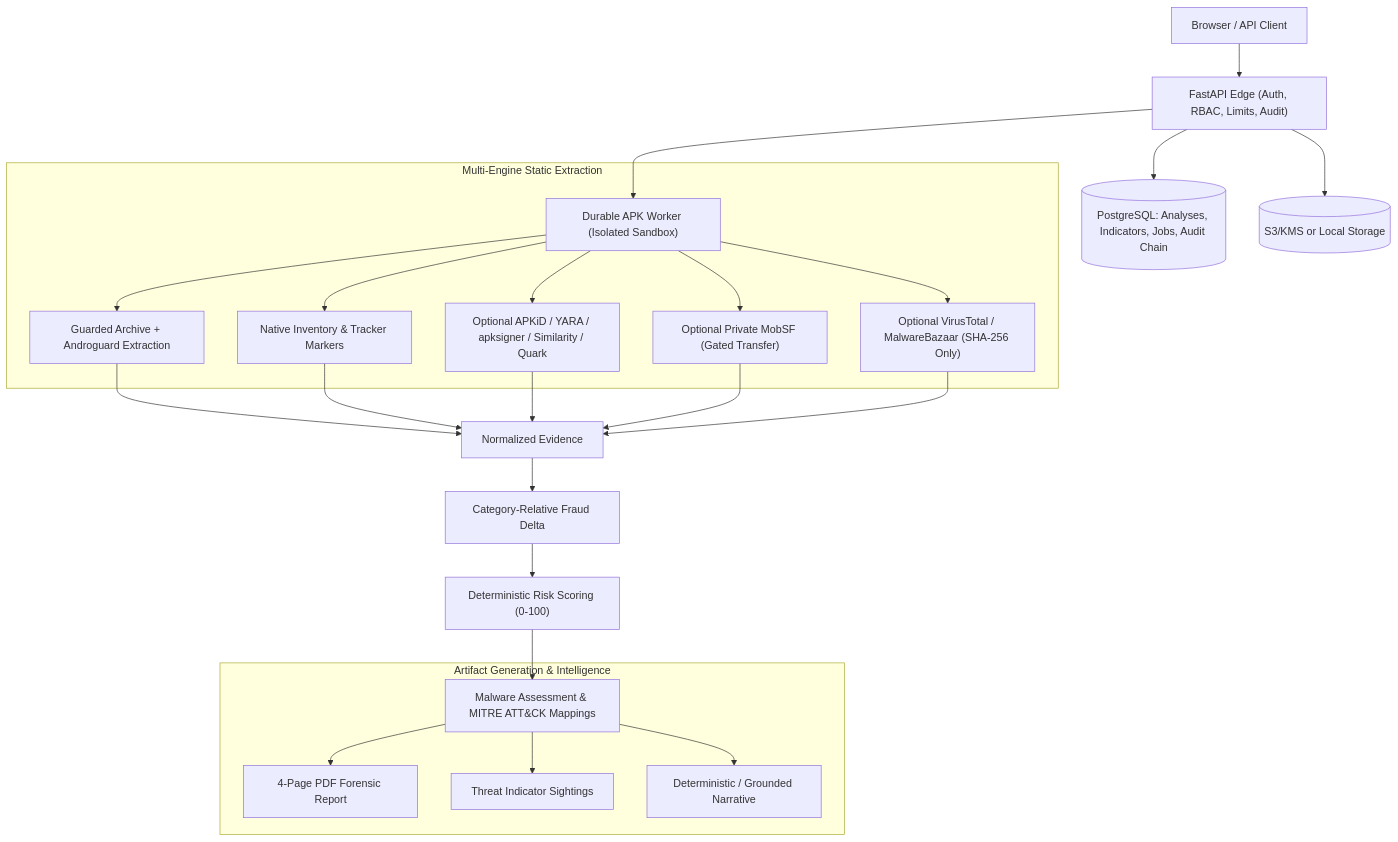
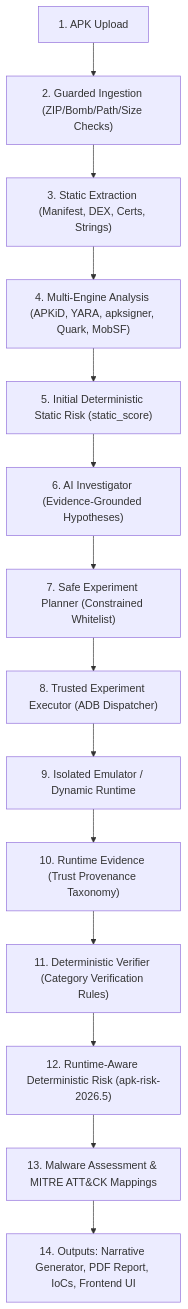
Before and after one commit to joeldeva/BOI-: the diagram in docs/ARCHITECTURE.md, drawn with Mermaid. The commit also changed other lines of this file and 2 other files, not shown here.

Commit message:
docs: synchronize architecture, two-stage apk-risk-2026.5 scoring, and AI investigator trust boundaries

````diff
--- a/docs/ARCHITECTURE.md
+++ b/docs/ARCHITECTURE.md
@@ -3,26 +3,16 @@
 ```mermaid
 flowchart TD
-    Client["Browser / API Client"] --> Edge["FastAPI Edge (Auth, RBAC, Limits, Audit)"]
-    Edge --> DB[("PostgreSQL: Analyses, Indicators, Jobs, Audit Chain")]
-    Edge --> S3[("S3/KMS or Local Storage")]
-    Edge --> Worker["Durable APK Worker (Isolated Sandbox)"]
-    
-    subgraph Extraction["Multi-Engine Static Extraction"]
-        Worker --> Arch["Guarded Archive + Androguard Extraction"]
-        Worker --> Native["Native Inventory & Tracker Markers"]
-        Worker --> OptEngines["Optional APKiD / YARA / apksigner / Similarity / Quark"]
-        Worker --> MobSF["Optional Private MobSF (Gated Transfer)"]
-        Worker --> Rep["Optional VirusTotal / MalwareBazaar (SHA-256 Only)"]
-    end
-
-    Arch & Native & OptEngines & MobSF & Rep --> Norm["Normalized Evidence"]
-    Norm --> Delta["Category-Relative Fraud Delta"]
-    Delta --> Score["Deterministic Risk Scoring (0-100)"]
-    Score --> Assessment["Malware Assessment & MITRE ATT&CK Mappings"]
-    
-    subgraph Outputs["Artifact Generation & Intelligence"]
-        Assessment --> Report["4-Page PDF Forensic Report"]
-        Assessment --> Ind["Threat Indicator Sightings"]
-        Assessment --> Narr["Deterministic / Grounded Narrative"]
-    end
+    APK["1. APK Upload"] --> Guard["2. Guarded Ingestion (ZIP/Bomb/Path/Size Checks)"]
+    Guard --> Static["3. Static Extraction (Manifest, DEX, Certs, Strings)"]
+    Static --> MultiEng["4. Multi-Engine Analysis (APKiD, YARA, apksigner, Quark, MobSF)"]
+    MultiEng --> InitRisk["5. Initial Deterministic Static Risk (static_score)"]
+    InitRisk --> AI["6. AI Investigator (Evidence-Grounded Hypotheses)"]
+    AI --> Planner["7. Safe Experiment Planner (Constrained Whitelist)"]
+    Planner --> Executor["8. Trusted Experiment Executor (ADB Dispatcher)"]
+    Executor --> Runtime["9. Isolated Emulator / Dynamic Runtime"]
+    Runtime --> Ev["10. Runtime Evidence (Trust Provenance Taxonomy)"]
+    Ev --> Verifier["11. Deterministic Verifier (Category Verification Rules)"]
+    Verifier --> FinalRisk["12. Runtime-Aware Deterministic Risk (apk-risk-2026.5)"]
+    FinalRisk --> Assessment["13. Malware Assessment & MITRE ATT&CK Mappings"]
+    Assessment --> Output["14. Outputs: Narrative Generator, PDF Report, IoCs, Frontend UI"]
 ```
````
